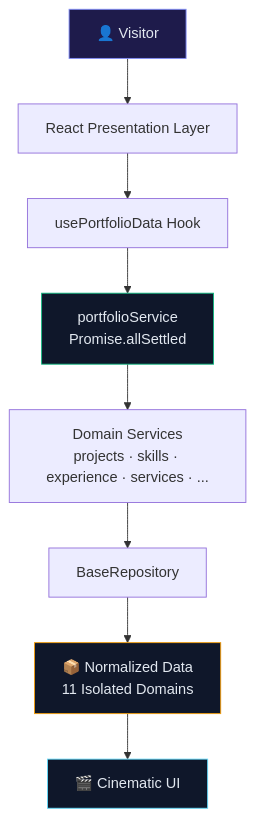
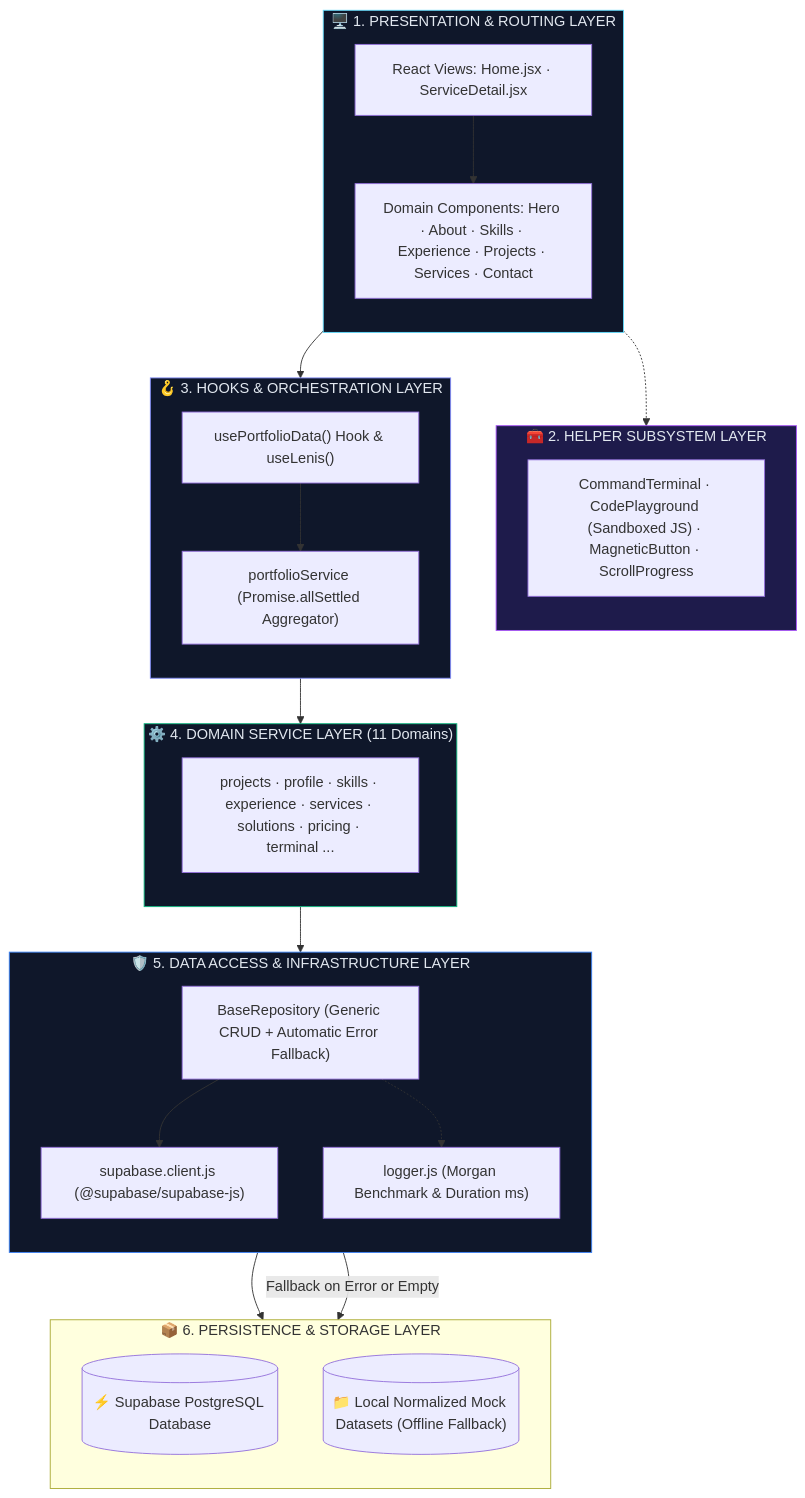
The third of 15 diagrams in README.md (Haiderali445/portfolio-website), drawn with Mermaid before and after one commit. The commit also changed other lines of this file, not shown here.

Commit message:
docs: revamp architecture flow, supabase data layer, and modular ERD schemas

````diff
--- a/README.md
+++ b/README.md
@@ -96,18 +116,53 @@
 ```mermaid
 flowchart TD
-    V["👤 Visitor"]
-    UI["React Presentation Layer"]
-    HOOK["usePortfolioData Hook"]
-    PS["portfolioService\nPromise.allSettled"]
-    DS["Domain Services\nprojects · skills · experience · services · ..."]
-    BR["BaseRepository"]
-    ND["📦 Normalized Data\n11 Isolated Domains"]
-    FE["🎬 Cinematic UI"]
+    subgraph L1 ["🖥️ 1. PRESENTATION & ROUTING LAYER"]
+        direction TB
+        UI["React Views: Home.jsx · ServiceDetail.jsx"]
+        COMPS["Domain Components: Hero · About · Skills · Experience · Projects · Services · Contact"]
+    end
 
-    V --> UI --> HOOK --> PS --> DS --> BR --> ND --> FE
+    subgraph L2 ["🧰 2. HELPER SUBSYSTEM LAYER"]
+        direction TB
+        HELPERS["CommandTerminal · CodePlayground (Sandboxed JS) · MagneticButton · ScrollProgress"]
+    end
 
-    style V fill:#1e1b4b,stroke:#818cf8,color:#e2e8f0
-    style PS fill:#0f172a,stroke:#10B981,color:#e2e8f0
-    style ND fill:#0f172a,stroke:#F59E0B,color:#e2e8f0
-    style FE fill:#0f172a,stroke:#61DAFB,color:#e2e8f0
+    subgraph L3 ["🪝 3. HOOKS & ORCHESTRATION LAYER"]
+        direction TB
+        HOOK["usePortfolioData() Hook & useLenis()"]
+        PSVC["portfolioService (Promise.allSettled Aggregator)"]
+    end
+
+    subgraph L4 ["⚙️ 4. DOMAIN SERVICE LAYER (11 Domains)"]
+        direction TB
+        DS["projects · profile · skills · experience · services · solutions · pricing · terminal ..."]
+    end
+
+    subgraph L5 ["🛡️ 5. DATA ACCESS & INFRASTRUCTURE LAYER"]
+        direction TB
+        REPO["BaseRepository (Generic CRUD + Automatic Error Fallback)"]
+        LOG["logger.js (Morgan Benchmark & Duration ms)"]
+        CLIENT["supabase.client.js (@supabase/supabase-js)"]
+    end
+
+    subgraph L6 ["📦 6. PERSISTENCE & STORAGE LAYER"]
+        direction TB
+        DB[("⚡ Supabase PostgreSQL Database")]
+        MOCK[("📁 Local Normalized Mock Datasets (Offline Fallback)")]
+    end
+
+    UI --> COMPS
+    COMPS -.-> HELPERS
+    UI --> HOOK
+    HOOK --> PSVC
+    PSVC --> DS
+    DS --> REPO
+    REPO --> CLIENT --> DB
+    REPO -->|"Fallback on Error or Empty"| MOCK
+    REPO -.-> LOG
+
+    style L1 fill:#0f172a,stroke:#61DAFB,color:#e2e8f0
+    style L2 fill:#1e1b4b,stroke:#a855f7,color:#e2e8f0
+    style L3 fill:#0f172a,stroke:#818cf8,color:#e2e8f0
+    style L4 fill:#0f172a,stroke:#10B981,color:#e2e8f0
+    style L5 fill:#0f172a,stroke:#3b82f6,color:#e2e8f0
 ```
````
